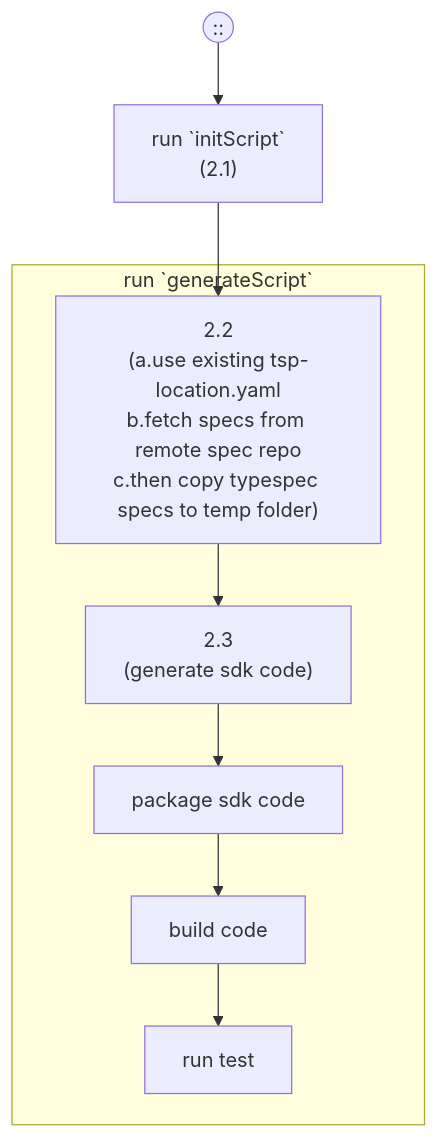
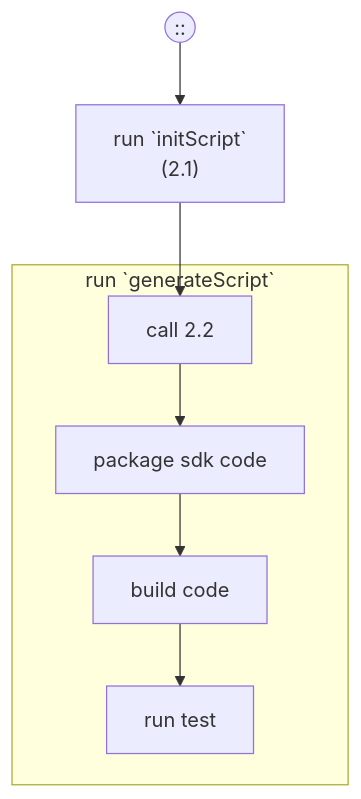
Before and after one commit to Azure/azure-rest-api-specs: the fifth of 5 diagrams in documentation/typespec-end-to-end-scenarios.md, drawn with Mermaid. The commit also changed other lines of this file, not shown here.

First line of the commit message:
Updated common script part in typespec e2e doc (#23875)

````diff
--- a/documentation/typespec-end-to-end-scenarios.md
+++ b/documentation/typespec-end-to-end-scenarios.md
@@ -230,24 +249,18 @@
 ```mermaid
 flowchart TD;
   classDef manualStep fill:#ffd700
   classDef automationStep fill:#7de188
   Pipeline((::))-->A
 A["run `initScript`
 (2.1)"]-->C
 subgraph B["run `generateScript`"]
   C
-  D
   E
   F
   G
 end
-C["2.2
-(a.use existing tsp-location.yaml
-b.fetch specs from remote spec repo
-c.then copy typespec specs to temp folder)"]-->D
-D["2.3
-(generate sdk code)"]-->E
+C["call 2.2"]-->E
 E["package sdk code"]-->F
 F["build code"]-->G
 G["run test"]
 ```
````
